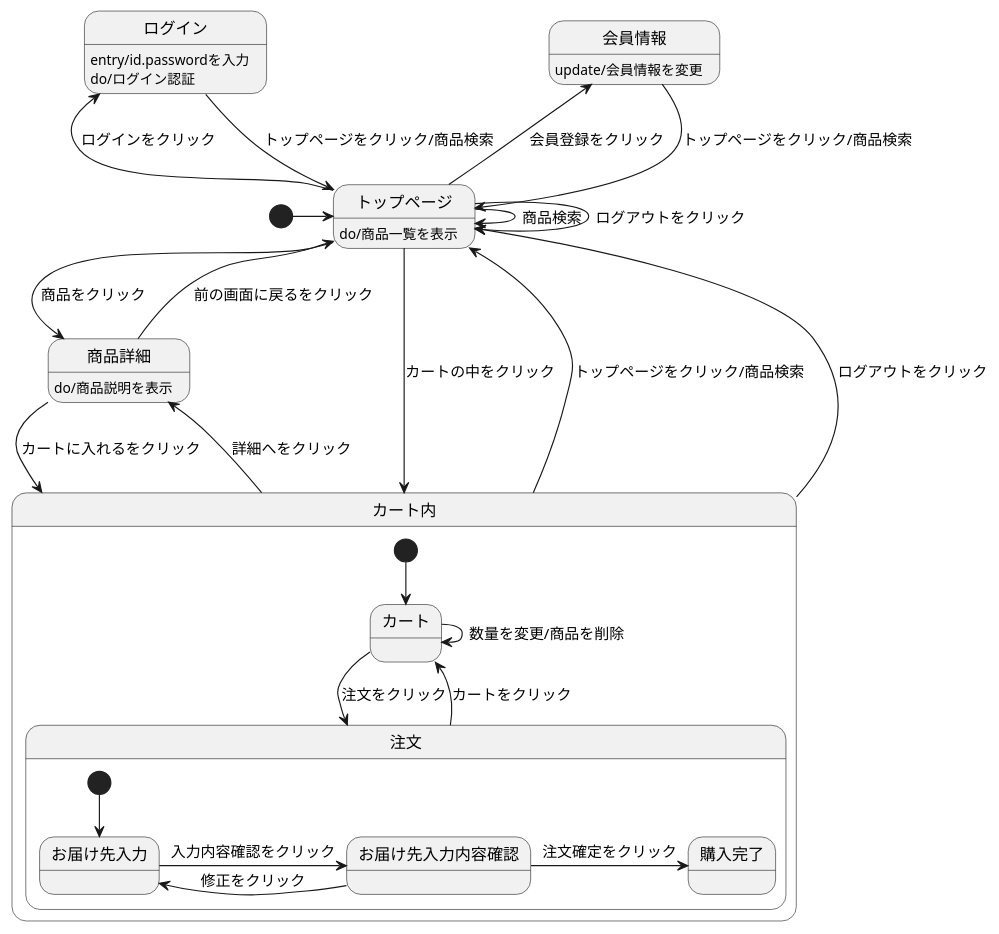
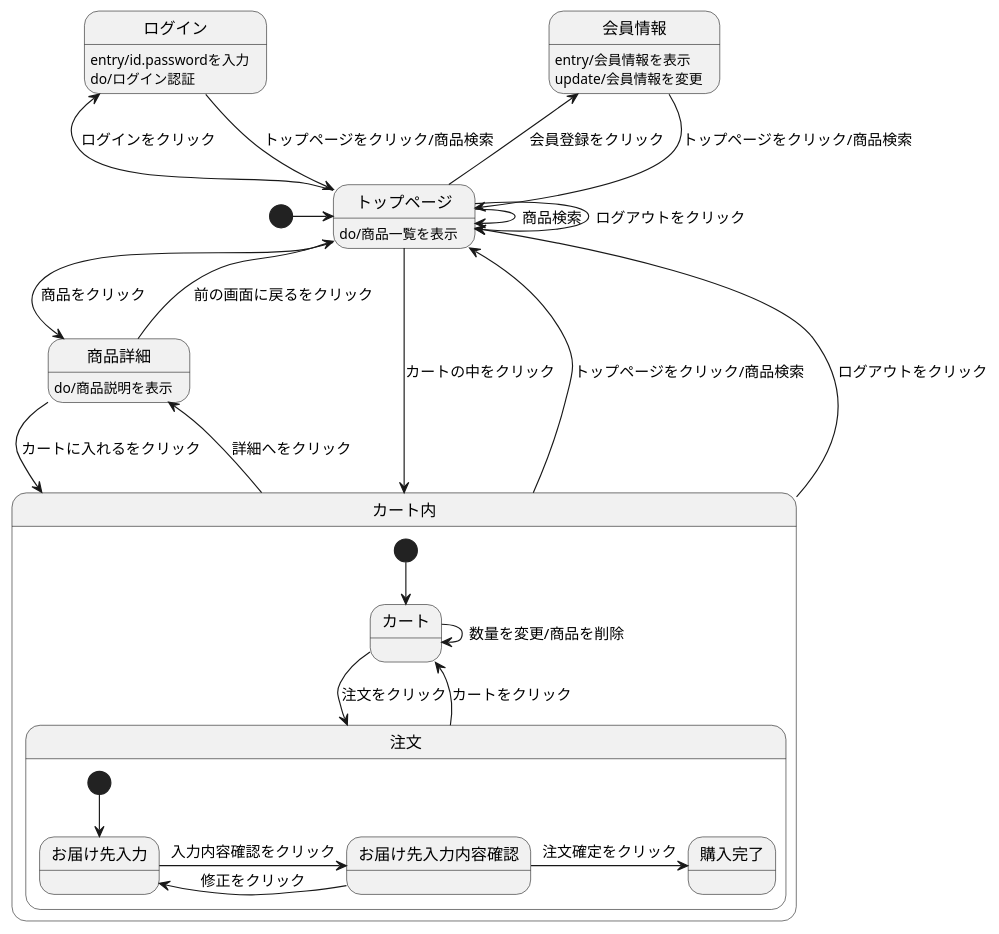
Before and after one commit to Aso2001027/2021sys-design: the diagram in shopping1.md, drawn with PlantUML.

````diff
--- a/shopping1.md
+++ b/shopping1.md
@@ -1,37 +1,38 @@
 ```uml
 @startuml
 [*] -> トップページ
 会員情報 --> トップページ : トップページをクリック/商品検索
 ログイン --> トップページ : トップページをクリック/商品検索
 ログイン : entry/id.passwordを入力
 ログイン : do/ログイン認証
+会員情報 : entry/会員情報を表示
 会員情報 : update/会員情報を変更
 
 トップページ --> トップページ : ログアウトをクリック
 トップページ -> トップページ : 商品検索
 トップページ -> 商品詳細 : 商品をクリック
 トップページ -left-> 会員情報 : 会員登録をクリック
 トップページ -left-> ログイン : ログインをクリック
 トップページ --> カート内 : カートの中をクリック
 トップページ : do/商品一覧を表示
 商品詳細 --> カート内 : カートに入れるをクリック
 商品詳細 --> トップページ : 前の画面に戻るをクリック
 商品詳細 : do/商品説明を表示
 カート内 -up-> トップページ : トップページをクリック/商品検索
 カート内 -up-> トップページ : ログアウトをクリック
 カート内 -> 商品詳細 : 詳細へをクリック
 
 state カート内{
 [*] --> カート
 カート -> 注文 : 注文をクリック
 カート -> カート : 数量を変更/商品を削除
 注文 --> カート : カートをクリック
 state 注文 {
 [*] --> お届け先入力
 お届け先入力 -> お届け先入力内容確認 : 入力内容確認をクリック
 お届け先入力内容確認 -> お届け先入力 : 修正をクリック
 お届け先入力内容確認 -> 購入完了 : 注文確定をクリック
   }
 }
 @enduml
 ```
````
